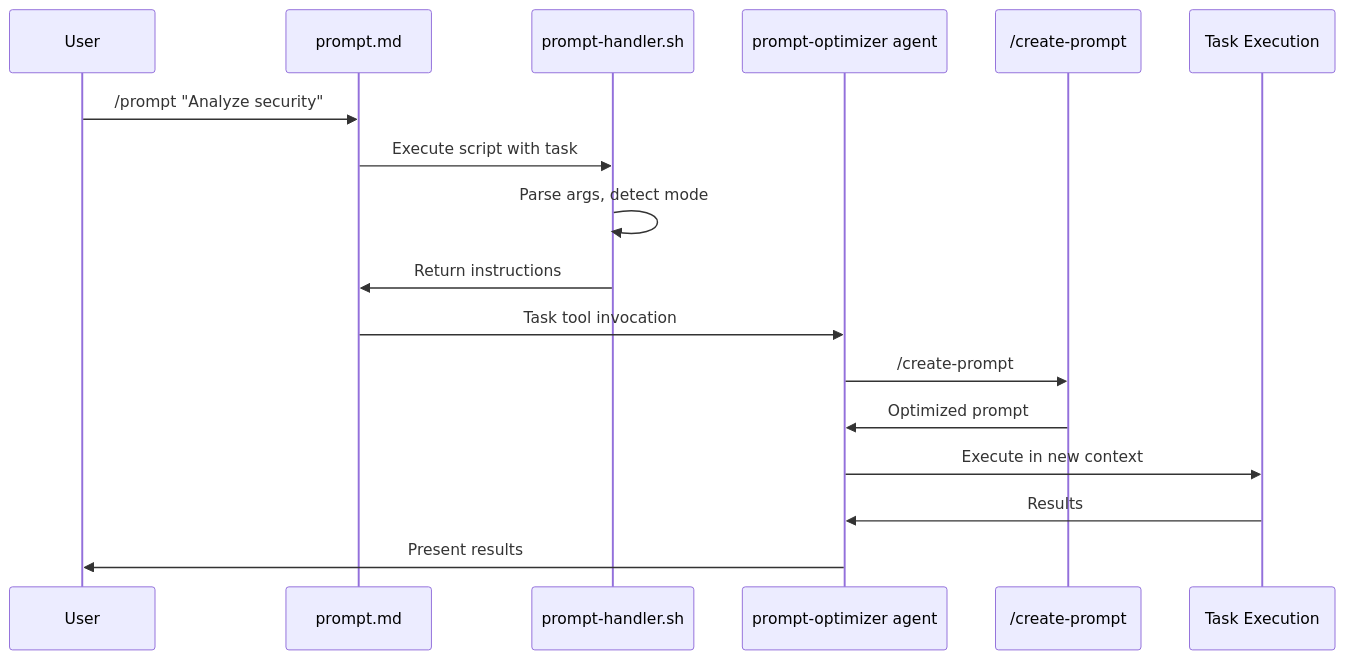
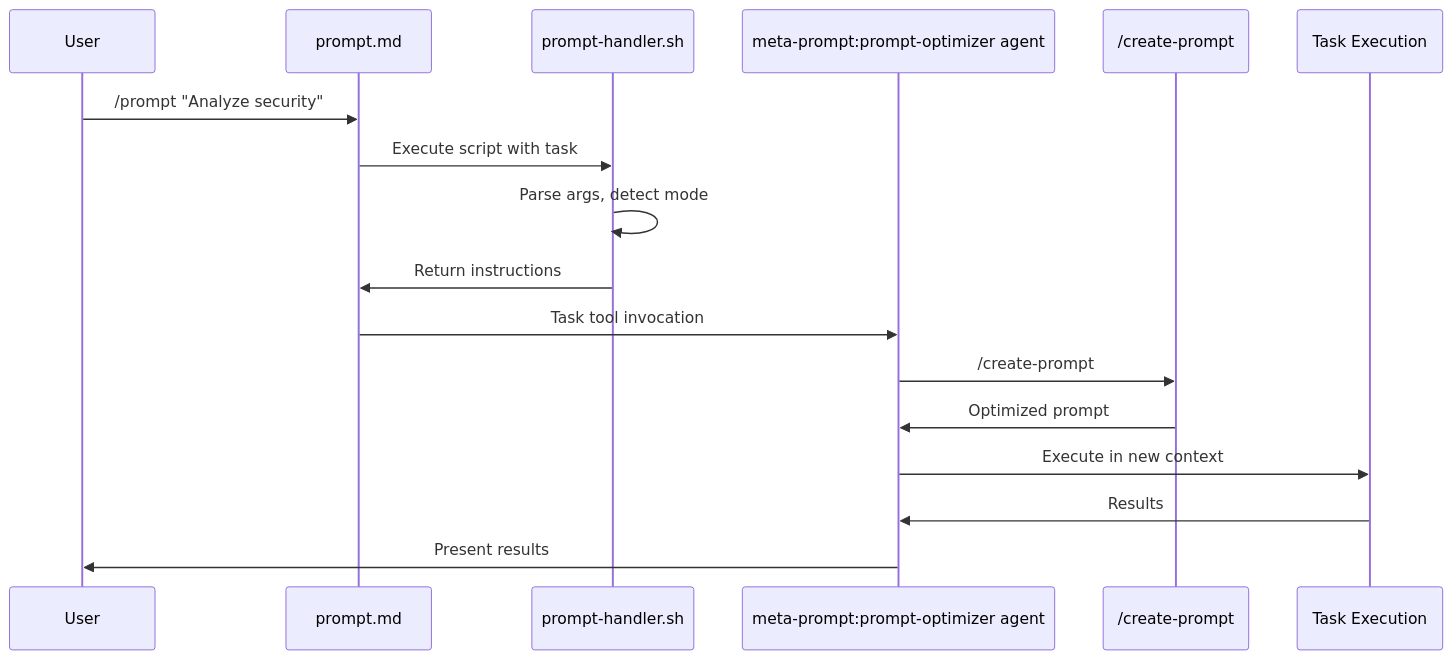
The second of 4 diagrams in meta-prompt/docs/architecture-overview.md (jtsylve/claude-experiments), drawn with Mermaid before and after one commit. The commit also changed other lines of this file and 17 other files, not shown here.

````diff
--- a/meta-prompt/docs/architecture-overview.md
+++ b/meta-prompt/docs/architecture-overview.md
@@ -265,20 +265,20 @@
 ```mermaid
 sequenceDiagram
     participant User
     participant PromptMD as prompt.md
     participant Handler as prompt-handler.sh
-    participant Optimizer as prompt-optimizer agent
+    participant Optimizer as meta-prompt:prompt-optimizer agent
     participant CreatePrompt as /create-prompt
     participant Task as Task Execution
 
     User->>PromptMD: /prompt "Analyze security"
     PromptMD->>Handler: Execute script with task
     Handler->>Handler: Parse args, detect mode
     Handler->>PromptMD: Return instructions
     PromptMD->>Optimizer: Task tool invocation
     Optimizer->>CreatePrompt: /create-prompt
     CreatePrompt->>Optimizer: Optimized prompt
     Optimizer->>Task: Execute in new context
     Task->>Optimizer: Results
     Optimizer->>User: Present results
 ```
````
